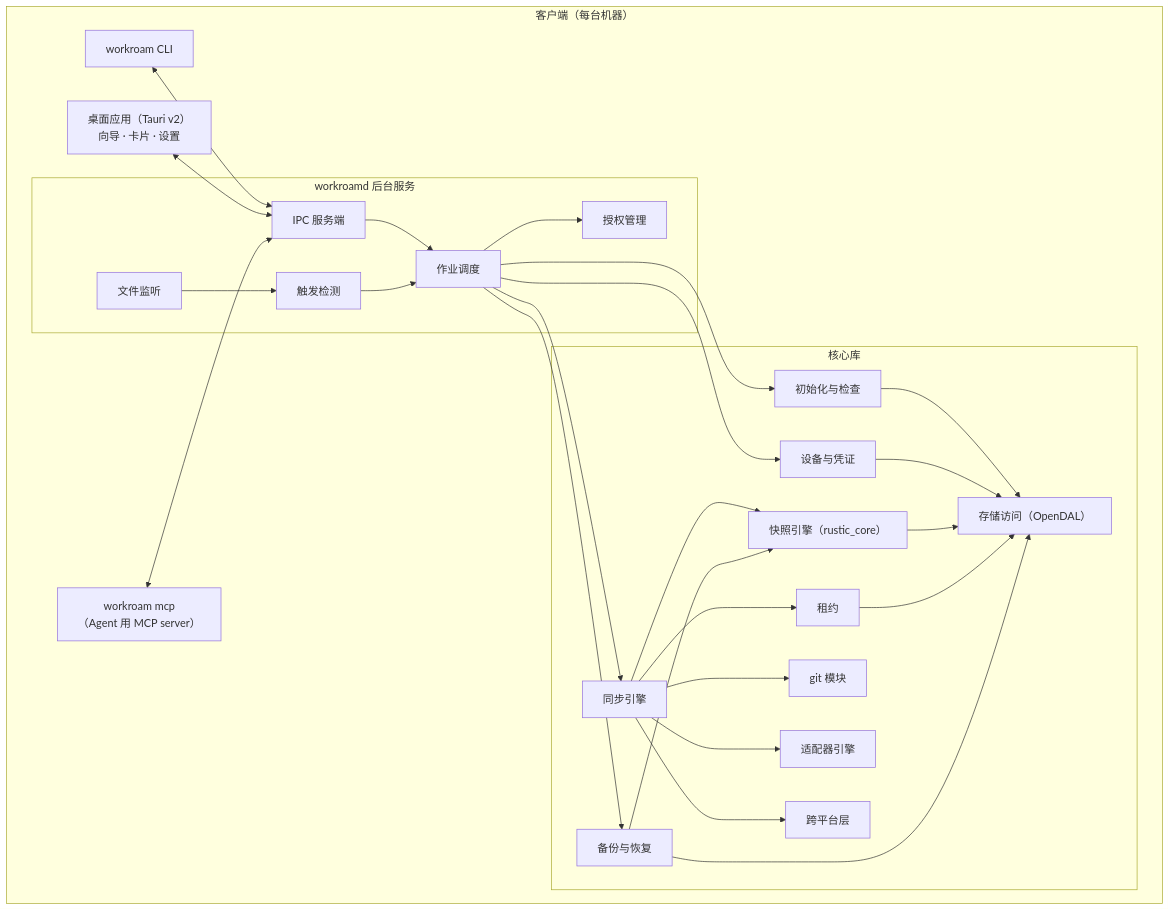
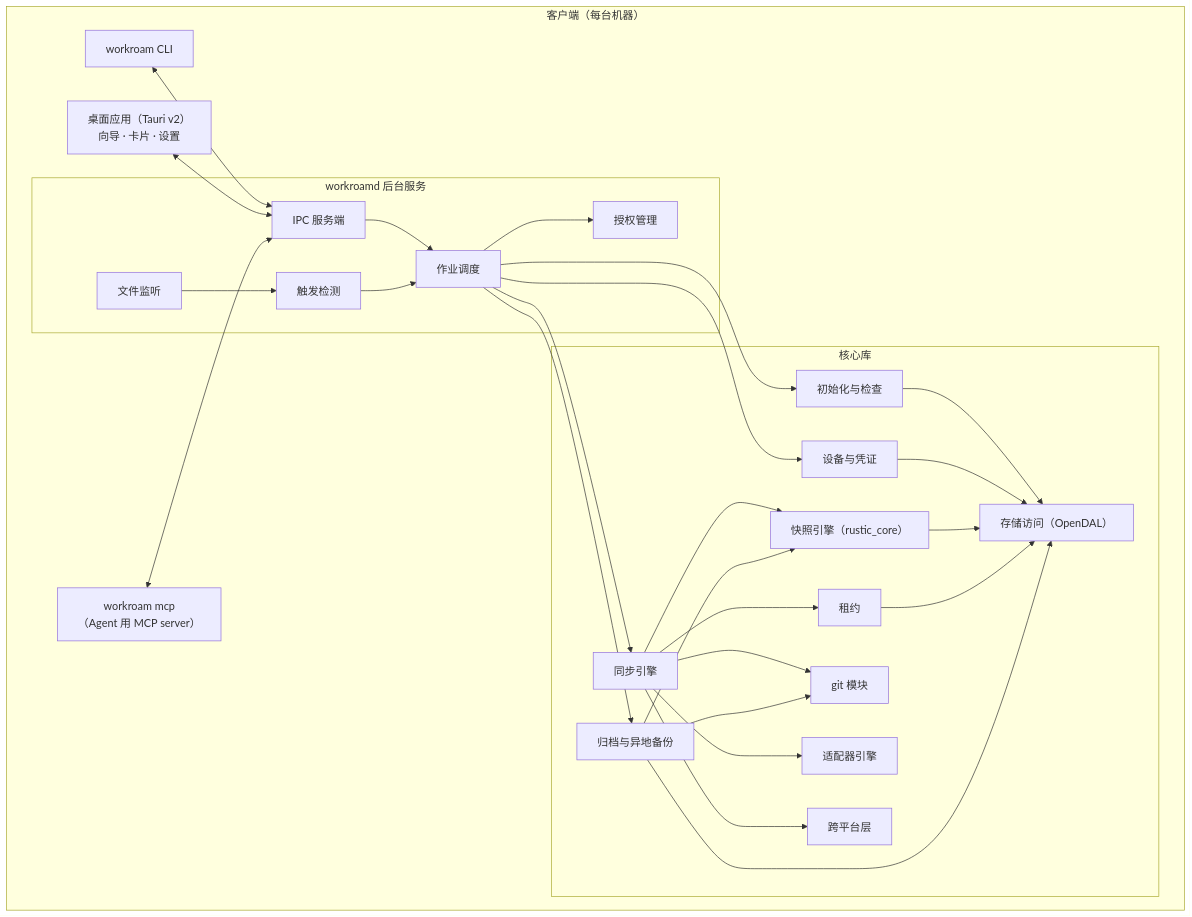
Before and after one commit to kverona-ai/workroam: the second of 11 diagrams in docs/architecture.md, drawn with Mermaid. The commit also changed other lines of this file and 8 other files, not shown here.

````diff
--- a/docs/architecture.md
+++ b/docs/architecture.md
@@ -89,41 +89,41 @@
 ```mermaid
 flowchart TB
     subgraph Client["客户端（每台机器）"]
         CLI["workroam CLI"]
         App["桌面应用（Tauri v2）<br/>向导 · 卡片 · 设置"]
         MCP["workroam mcp<br/>（Agent 用 MCP server）"]
         subgraph D["workroamd 后台服务"]
             API["IPC 服务端"]
             Jobs["作业调度"]
             Trig["触发检测"]
             Watch["文件监听"]
             Appr["授权管理"]
         end
         subgraph Core["核心库"]
             Setup["初始化与检查"]
             Dev["设备与凭证"]
             Engine["同步引擎"]
             Snap["快照引擎（rustic_core）"]
             Lease["租约"]
             Git["git 模块"]
             Adpt["适配器引擎"]
             XP["跨平台层"]
             Store["存储访问（OpenDAL）"]
-            Bak["备份与恢复"]
+            Arc["归档与异地备份"]
         end
     end
     CLI <--> API
     App <--> API
     MCP <--> API
     API --> Jobs
     Watch --> Trig --> Jobs
     Jobs --> Appr
-    Jobs --> Setup & Dev & Engine & Bak
+    Jobs --> Setup & Dev & Engine & Arc
     Engine --> Snap & Lease & Git & Adpt & XP
-    Bak --> Snap
+    Arc --> Snap & Git
     Setup --> Store
     Dev --> Store
     Snap --> Store
     Lease --> Store
-    Bak --> Store
+    Arc --> Store
 ```
````
